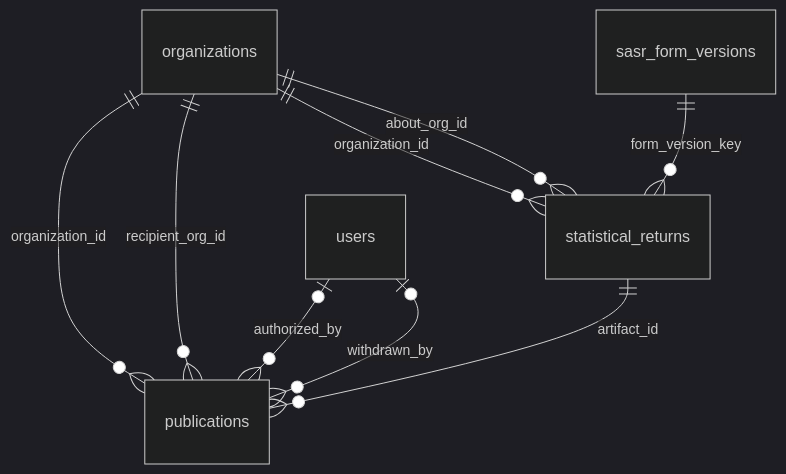
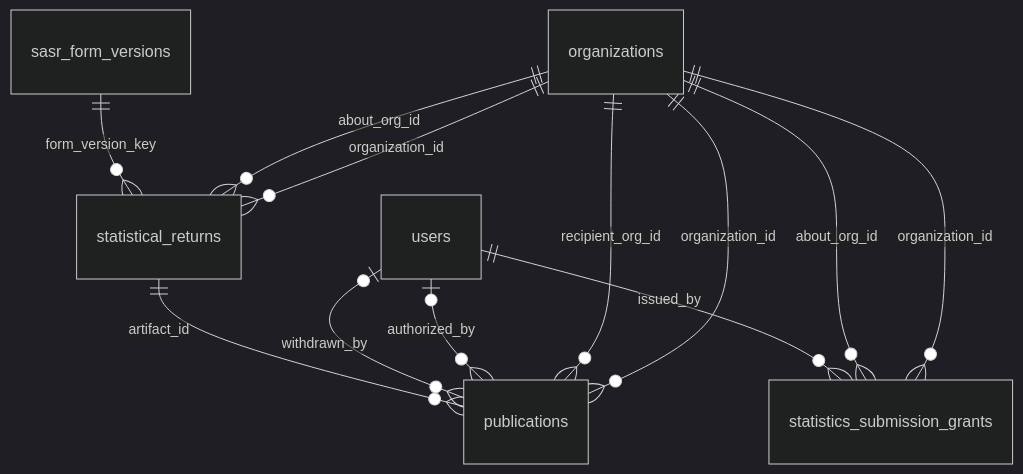
One commit to chenson42/presby changed the ninth of 11 diagrams in docs/schema-design.md. Above: the diagram before and after it, drawn with Mermaid (dark theme). The commit also changed other lines of this file and 10 other files, not shown here.

````diff
--- a/docs/schema-design.md
+++ b/docs/schema-design.md
@@ -237,11 +240,14 @@
 ```mermaid
 erDiagram
   organizations ||--o{ publications : "organization_id"
   organizations ||--o{ publications : "recipient_org_id"
   users |o--o{ publications : "authorized_by"
   users |o--o{ publications : "withdrawn_by"
   statistical_returns ||--o{ publications : "artifact_id"
   organizations ||--o{ statistical_returns : "organization_id"
   organizations ||--o{ statistical_returns : "about_org_id"
   sasr_form_versions ||--o{ statistical_returns : "form_version_key"
+  organizations ||--o{ statistics_submission_grants : "organization_id"
+  organizations ||--o{ statistics_submission_grants : "about_org_id"
+  users ||--o{ statistics_submission_grants : "issued_by"
 ```
````
